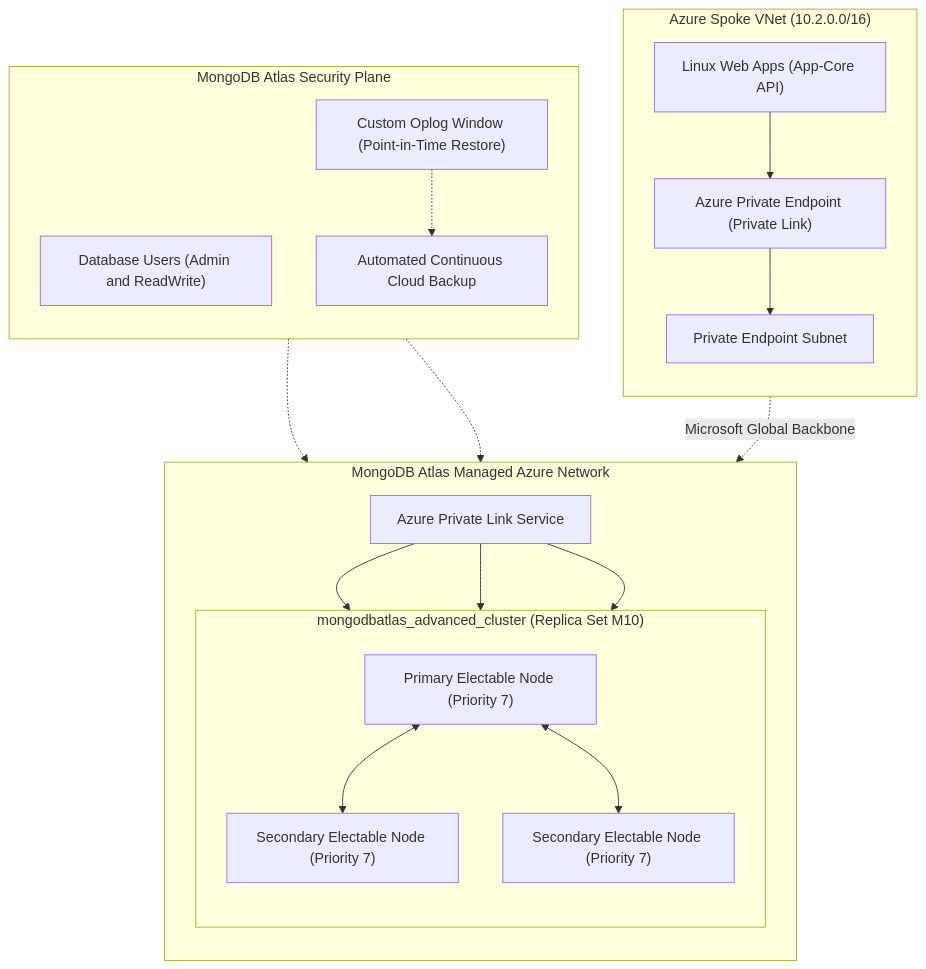
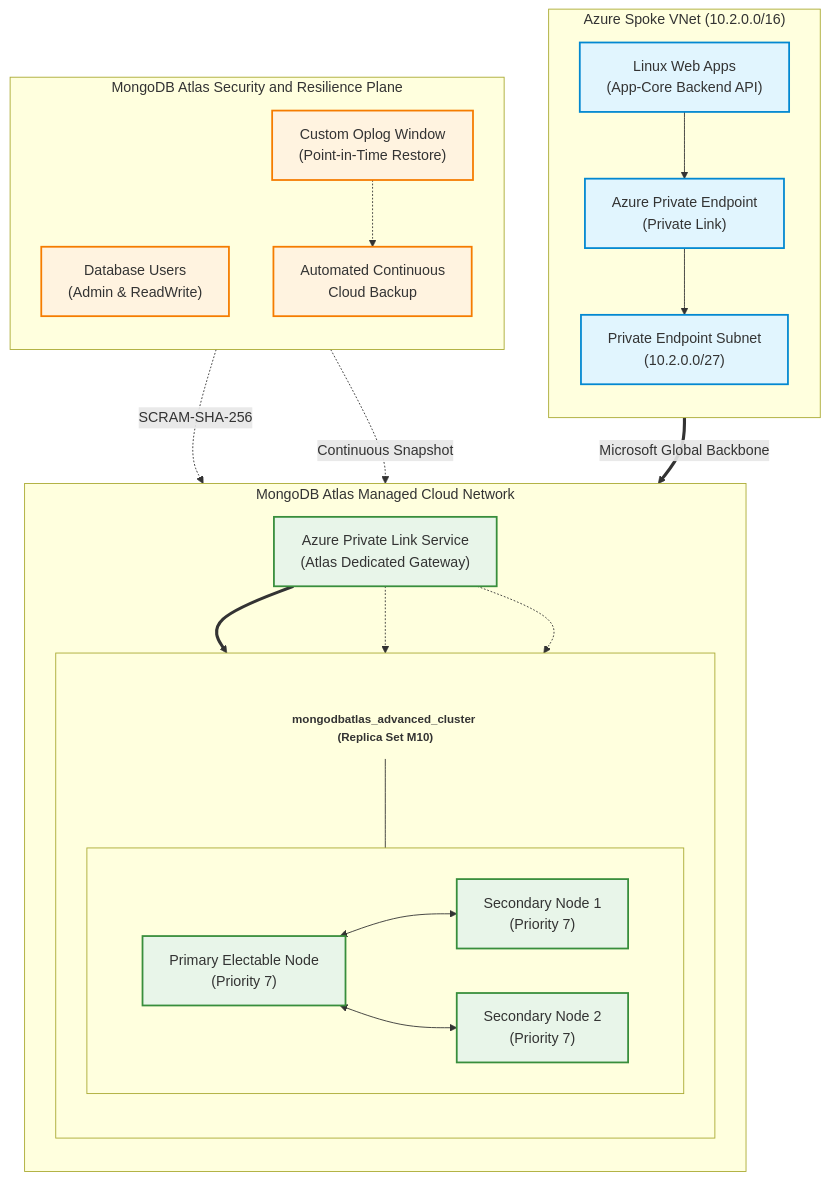
The sixth of 6 diagrams in README.md (nubenetes/terraform-azure-devops-agentic), drawn with Mermaid before and after one commit. The commit also changed other lines of this file, not shown here.

Commit message:
docs: resolve text clipping and word cutoffs across all README mermaid diagrams

````diff
--- a/README.md
+++ b/README.md
@@ -659,36 +688,53 @@
 ```mermaid
-flowchart TB
+flowchart TD
+    classDef azure fill:#e1f5fe,stroke:#0288d1,stroke-width:2px;
+    classDef mongo fill:#e8f5e9,stroke:#388e3c,stroke-width:2px;
+    classDef sec fill:#fff3e0,stroke:#f57c00,stroke-width:2px;
+    classDef title fill:none,stroke:none,font-weight:bold,font-size:13px;
+
     subgraph Azure_Spoke ["Azure Spoke VNet (10.2.0.0/16)"]
         direction TB
-        WebApps["Linux Web Apps (App-Core API)"]
-        PE["Azure Private Endpoint (Private Link)"]
-        PE_Subnet["Private Endpoint Subnet"]
+        WebApps["Linux Web Apps<br/>(App-Core Backend API)"]
+        PE["Azure Private Endpoint<br/>(Private Link)"]
+        PE_Subnet["Private Endpoint Subnet<br/>(10.2.0.0/27)"]
         WebApps --> PE
         PE --> PE_Subnet
     end
-    subgraph Mongo_VNet ["MongoDB Atlas Managed Azure Network"]
+
+    subgraph Mongo_Network ["MongoDB Atlas Managed Cloud Network"]
         direction TB
-        PLS["Azure Private Link Service"]
-        subgraph Advanced_Cluster ["mongodbatlas_advanced_cluster (Replica Set M10)"]
+        PLS["Azure Private Link Service<br/>(Atlas Dedicated Gateway)"]
+        subgraph Replica_Set [" "]
             direction TB
-            Primary["Primary Electable Node (Priority 7)"]
-            Secondary1["Secondary Electable Node (Priority 7)"]
-            Secondary2["Secondary Electable Node (Priority 7)"]
-            Primary <--> Secondary1
-            Primary <--> Secondary2
+            R_Title["mongodbatlas_advanced_cluster (Replica Set M10)"]:::title
+            subgraph Nodes [" "]
+                direction LR
+                Primary["Primary Electable Node<br/>(Priority 7)"]
+                Secondary1["Secondary Node 1<br/>(Priority 7)"]
+                Secondary2["Secondary Node 2<br/>(Priority 7)"]
+                Primary <--> Secondary1
+                Primary <--> Secondary2
+            end
+            R_Title --- Nodes
         end
-        PLS --> Primary
-        PLS --> Secondary1
-        PLS --> Secondary2
+        PLS ==> Primary
+        PLS -.-> Secondary1
+        PLS -.-> Secondary2
     end
-    subgraph Atlas_Governance ["MongoDB Atlas Security Plane"]
+
+    subgraph Atlas_Governance ["MongoDB Atlas Security and Resilience Plane"]
         direction TB
-        DB_Users["Database Users (Admin and ReadWrite)"]
-        Cloud_Backup["Automated Continuous Cloud Backup"]
-        Oplog["Custom Oplog Window (Point-in-Time Restore)"]
+        DB_Users["Database Users<br/>(Admin & ReadWrite)"]
+        Cloud_Backup["Automated Continuous<br/>Cloud Backup"]
+        Oplog["Custom Oplog Window<br/>(Point-in-Time Restore)"]
         Oplog -.-> Cloud_Backup
     end
-    PE_Subnet -.->|Microsoft Global Backbone| PLS
-    DB_Users -.-> Primary
-    Cloud_Backup -.-> Primary
+
+    PE_Subnet ==>|"Microsoft Global Backbone"| PLS
+    DB_Users -.->|"SCRAM-SHA-256"| Primary
+    Cloud_Backup -.->|"Continuous Snapshot"| Primary
+
+    class WebApps,PE,PE_Subnet azure;
+    class PLS,Primary,Secondary1,Secondary2 mongo;
+    class DB_Users,Cloud_Backup,Oplog sec;
 ```
````
